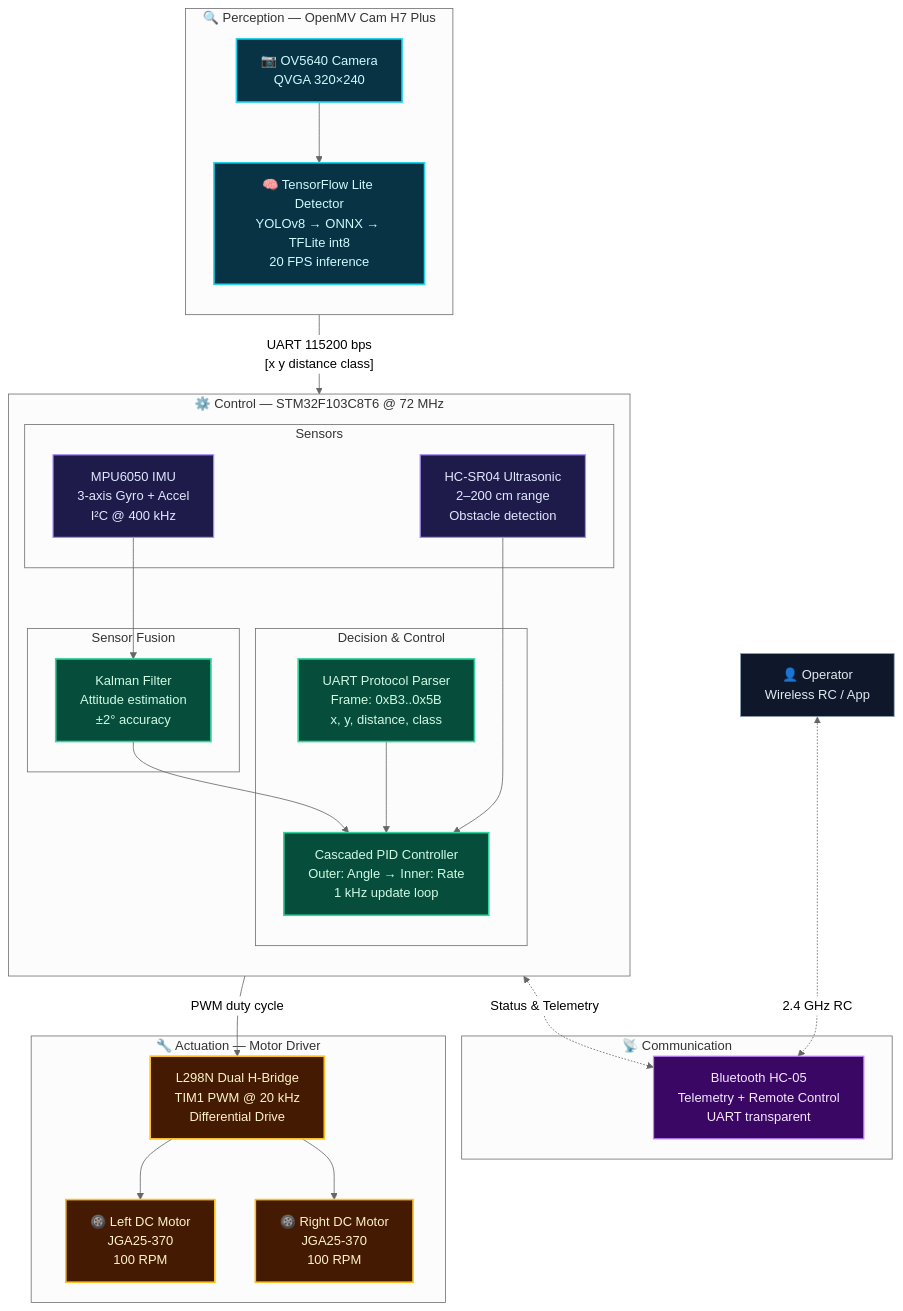
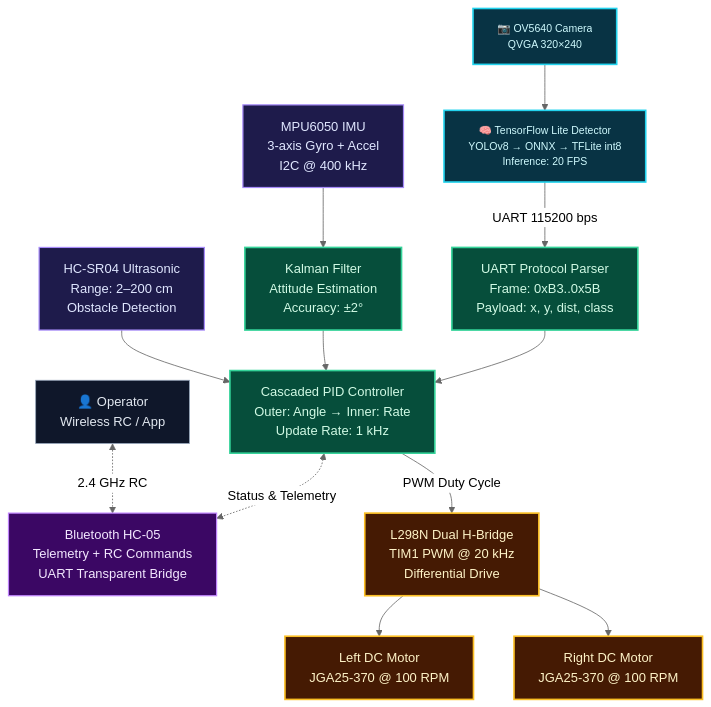
One commit to ljun95255-netizen/SurfaceCleaningRobot changed the diagram in README.md. Above: the diagram before and after it, drawn with Mermaid (neutral theme).

Commit message:
docs: simplify Mermaid diagram for better GitHub rendering
Remove nested subgraphs which can cause rendering issues.
Keep flat node layout with color-coded semantic classes.

````diff
--- a/README.md
+++ b/README.md
@@ -37,65 +37,44 @@
 ```mermaid
 graph TB
     %% ===== STYLES =====
-    classDef perception fill:#083344,stroke:#22d3ee,stroke-width:2px,color:#cffafe
+    classDef perception fill:#083344,stroke:#22d3ee,stroke-width:2px,color:#cffafe,font-size:13px
     classDef control fill:#064e3b,stroke:#34d399,stroke-width:2px,color:#d1fae5
     classDef sensor fill:#1e1b4b,stroke:#a78bfa,stroke-width:1.5px,color:#e0e7ff
     classDef comm fill:#3b0764,stroke:#c084fc,stroke-width:1.5px,color:#f3e8ff
     classDef actuator fill:#451a03,stroke:#fbbf24,stroke-width:2px,color:#fef3c7
     classDef external fill:#0f172a,stroke:#94a3b8,stroke-width:1px,color:#e2e8f0
 
-    %% ===== PERCEPTION LAYER =====
-    subgraph PERCEPTION["🔍 Perception — OpenMV Cam H7 Plus"]
-        direction TB
-        CAM["📷 OV5640 Camera<br/>QVGA 320×240"]:::perception
-        DETECT["🧠 TensorFlow Lite Detector<br/>YOLOv8 → ONNX → TFLite int8<br/>20 FPS inference"]:::perception
-        CAM --> DETECT
-    end
+    %% ===== DATA FLOW =====
+    CAM[📷 OV5640 Camera<br/>QVGA 320×240]:::perception
+    DETECT[🧠 TensorFlow Lite Detector<br/>YOLOv8 → ONNX → TFLite int8<br/>Inference: 20 FPS]:::perception
+    CAM --> DETECT
 
-    %% ===== CONTROL LAYER =====
-    subgraph CONTROL["⚙️ Control — STM32F103C8T6 @ 72 MHz"]
-        direction TB
-        
-        subgraph SENSORS["Sensors"]
-            IMU["MPU6050 IMU<br/>3-axis Gyro + Accel<br/>I²C @ 400 kHz"]:::sensor
-            SONAR["HC-SR04 Ultrasonic<br/>2–200 cm range<br/>Obstacle detection"]:::sensor
-        end
+    PROTO[UART Protocol Parser<br/>Frame: 0xB3..0x5B<br/>Payload: x, y, dist, class]:::control
 
-        subgraph FUSION["Sensor Fusion"]
-            KALMAN["Kalman Filter<br/>Attitude estimation<br/>±2° accuracy"]:::control
-            IMU --> KALMAN
-        end
+    DETECT -->|UART 115200 bps| PROTO
 
-        subgraph DECISION["Decision & Control"]
-            PID["Cascaded PID Controller<br/>Outer: Angle → Inner: Rate<br/>1 kHz update loop"]:::control
-            PROTO["UART Protocol Parser<br/>Frame: 0xB3..0x5B<br/>x, y, distance, class"]:::control
-        end
+    IMU[MPU6050 IMU<br/>3-axis Gyro + Accel<br/>I2C @ 400 kHz]:::sensor
+    KALMAN[Kalman Filter<br/>Attitude Estimation<br/>Accuracy: ±2°]:::control
+    IMU --> KALMAN
 
-        DETECT -->|"UART 115200 bps<br/>[x y distance class]"| PROTO
-        PROTO --> PID
-        KALMAN --> PID
-        SONAR --> PID
-    end
+    SONAR[HC-SR04 Ultrasonic<br/>Range: 2–200 cm<br/>Obstacle Detection]:::sensor
 
-    %% ===== COMMUNICATION =====
-    subgraph COMMS["📡 Communication"]
-        BT["Bluetooth HC-05<br/>Telemetry + Remote Control<br/>UART transparent"]:::comm
-    end
-    
-    PID <-.->|"Status & Telemetry"| BT
+    PID[Cascaded PID Controller<br/>Outer: Angle → Inner: Rate<br/>Update Rate: 1 kHz]:::control
+    PROTO --> PID
+    KALMAN --> PID
+    SONAR --> PID
 
-    %% ===== ACTUATION LAYER =====
-    subgraph ACTUATION["🔧 Actuation — Motor Driver"]
-        PWM["L298N Dual H-Bridge<br/>TIM1 PWM @ 20 kHz<br/>Differential Drive"]:::actuator
-        MOTOR_L["🛞 Left DC Motor<br/>JGA25-370<br/>100 RPM"]:::actuator
-        MOTOR_R["🛞 Right DC Motor<br/>JGA25-370<br/>100 RPM"]:::actuator
-        
-        PID -->|"PWM duty cycle"| PWM
-        PWM --> MOTOR_L
-        PWM --> MOTOR_R
-    end
+    BT[Bluetooth HC-05<br/>Telemetry + RC Commands<br/>UART Transparent Bridge]:::comm
+    PID <-.->|Status & Telemetry| BT
 
-    %% ===== EXTERNAL =====
-    USER["👤 Operator<br/>Wireless RC / App"]:::external
-    USER <-.->|"2.4 GHz RC"| BT
+    PWM[L298N Dual H-Bridge<br/>TIM1 PWM @ 20 kHz<br/>Differential Drive]:::actuator
+    MOTOR_L[Left DC Motor<br/>JGA25-370 @ 100 RPM]:::actuator
+    MOTOR_R[Right DC Motor<br/>JGA25-370 @ 100 RPM]:::actuator
+
+    PID -->|PWM Duty Cycle| PWM
+    PWM --> MOTOR_L
+    PWM --> MOTOR_R
+
+    USER[👤 Operator<br/>Wireless RC / App]:::external
+    USER <-.->|2.4 GHz RC| BT
 ```
````
